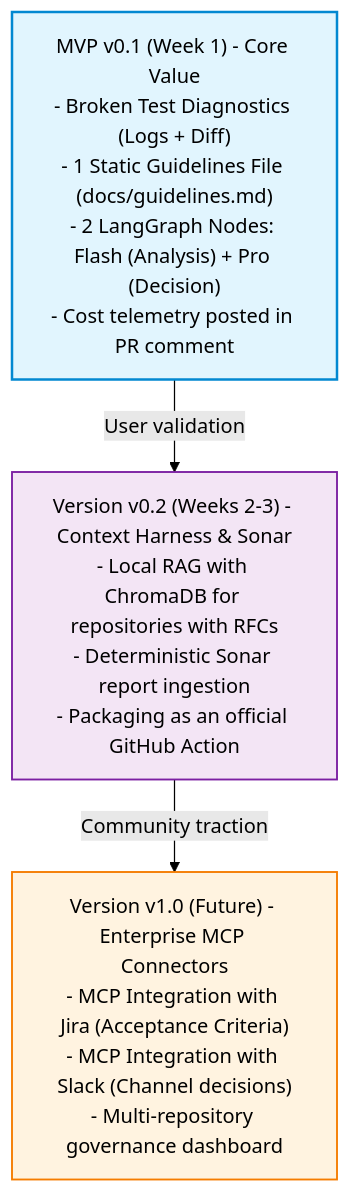
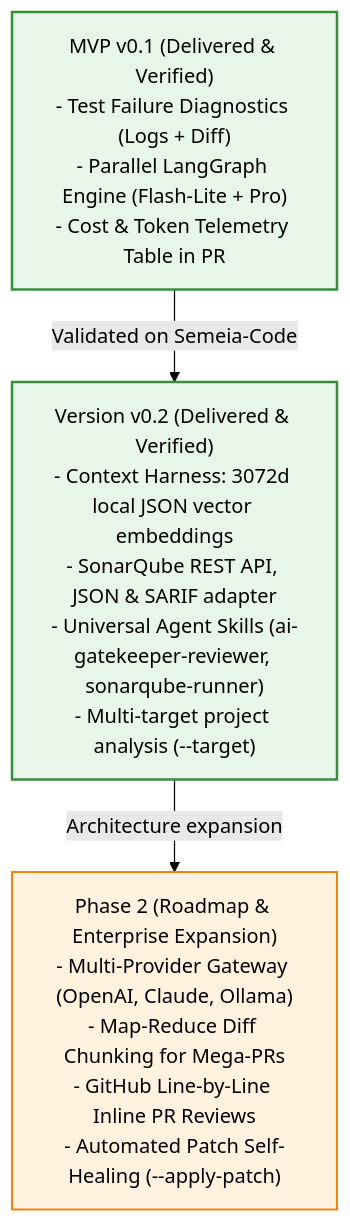
Before and after one commit to JPCalsavara/ai-gatekeeper: the second of 4 diagrams in docs/Lean_Canvas_and_MVP_Strategy.md, drawn with Mermaid (forest theme). The commit also changed other lines of this file and 2 other files, not shown here.

Commit message:
docs: add capabilities, failure modes, and technical roadmap documentation

````diff
--- a/docs/Lean_Canvas_and_MVP_Strategy.md
+++ b/docs/Lean_Canvas_and_MVP_Strategy.md
@@ -110,18 +110,16 @@
 ```mermaid
 flowchart TD
-    V01["MVP v0.1 (Week 1) - Core Value\n- Broken Test Diagnostics (Logs + Diff)\n- 1 Static Guidelines File (docs/guidelines.md)\n- 2 LangGraph Nodes: Flash (Analysis) + Pro (Decision)\n- Cost telemetry posted in PR comment"]
+    V01["MVP v0.1 (Delivered & Verified)\n- Test Failure Diagnostics (Logs + Diff)\n- Parallel LangGraph Engine (Flash-Lite + Pro)\n- Cost & Token Telemetry Table in PR"]
 
-    V02["Version v0.2 (Weeks 2-3) - Context Harness & Sonar\n- Local RAG with ChromaDB for repositories with RFCs\n- Deterministic Sonar report ingestion\n- Packaging as an official GitHub Action"]
+    V02["Version v0.2 (Delivered & Verified)\n- Context Harness: 3072d local JSON vector embeddings\n- SonarQube REST API, JSON & SARIF adapter\n- Universal Agent Skills (ai-gatekeeper-reviewer, sonarqube-runner)\n- Multi-target project analysis (--target)"]
 
-    V10["Version v1.0 (Future) - Enterprise MCP Connectors\n- MCP Integration with Jira (Acceptance Criteria)\n- MCP Integration with Slack (Channel decisions)\n- Multi-repository governance dashboard"]
+    V10["Phase 2 (Roadmap & Enterprise Expansion)\n- Multi-Provider Gateway (OpenAI, Claude, Ollama)\n- Map-Reduce Diff Chunking for Mega-PRs\n- GitHub Line-by-Line Inline PR Reviews\n- Automated Patch Self-Healing (--apply-patch)"]
 
-    V01 -->|"User validation"| V02
-    V02 -->|"Community traction"| V10
+    V01 -->|"Validated on Semeia-Code"| V02
+    V02 -->|"Architecture expansion"| V10
 
-    classDef mvp fill:#e1f5fe,stroke:#0288d1,stroke-width:2px;
-    classDef v02 fill:#f3e5f5,stroke:#7b1fa2,stroke-width:1.5px;
-    classDef v10 fill:#fff3e0,stroke:#f57c00,stroke-width:1.5px;
-    class V01 mvp;
-    class V02 v02;
-    class V10 v10;
+    classDef delivered fill:#e8f5e9,stroke:#388e3c,stroke-width:2px;
+    classDef roadmap fill:#fff3e0,stroke:#f57c00,stroke-width:1.5px;
+    class V01,V02 delivered;
+    class V10 roadmap;
 ```
````
